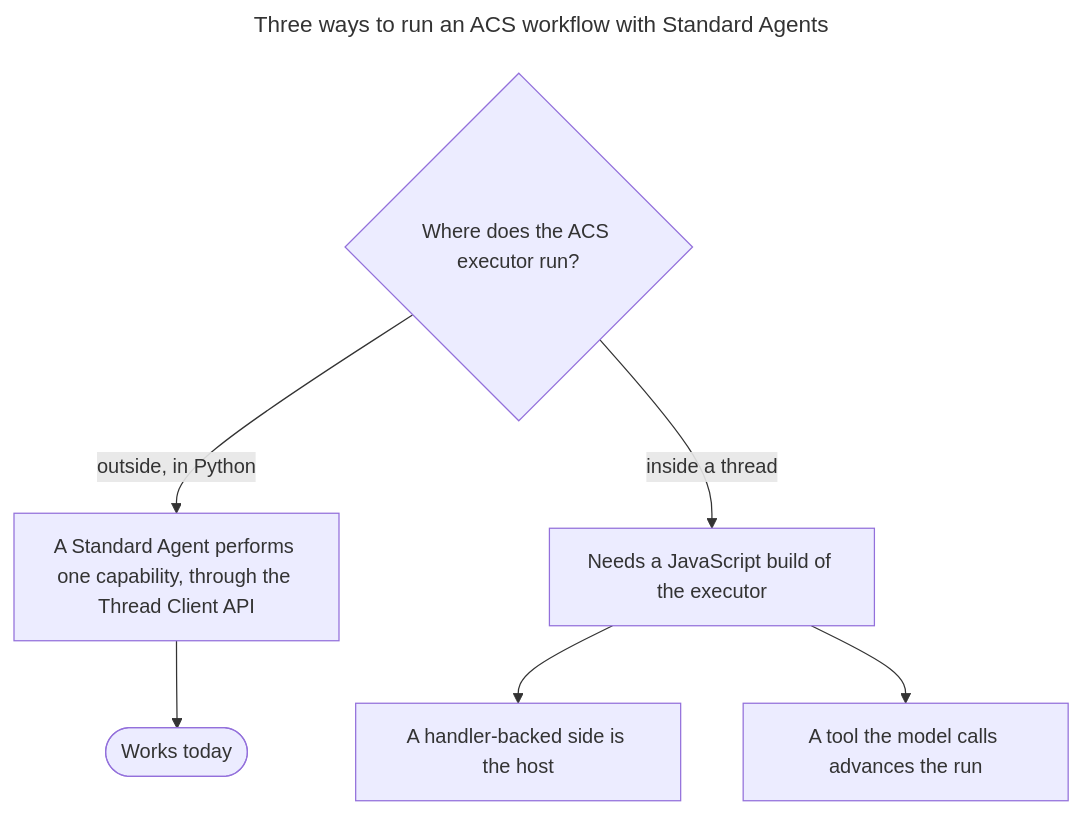
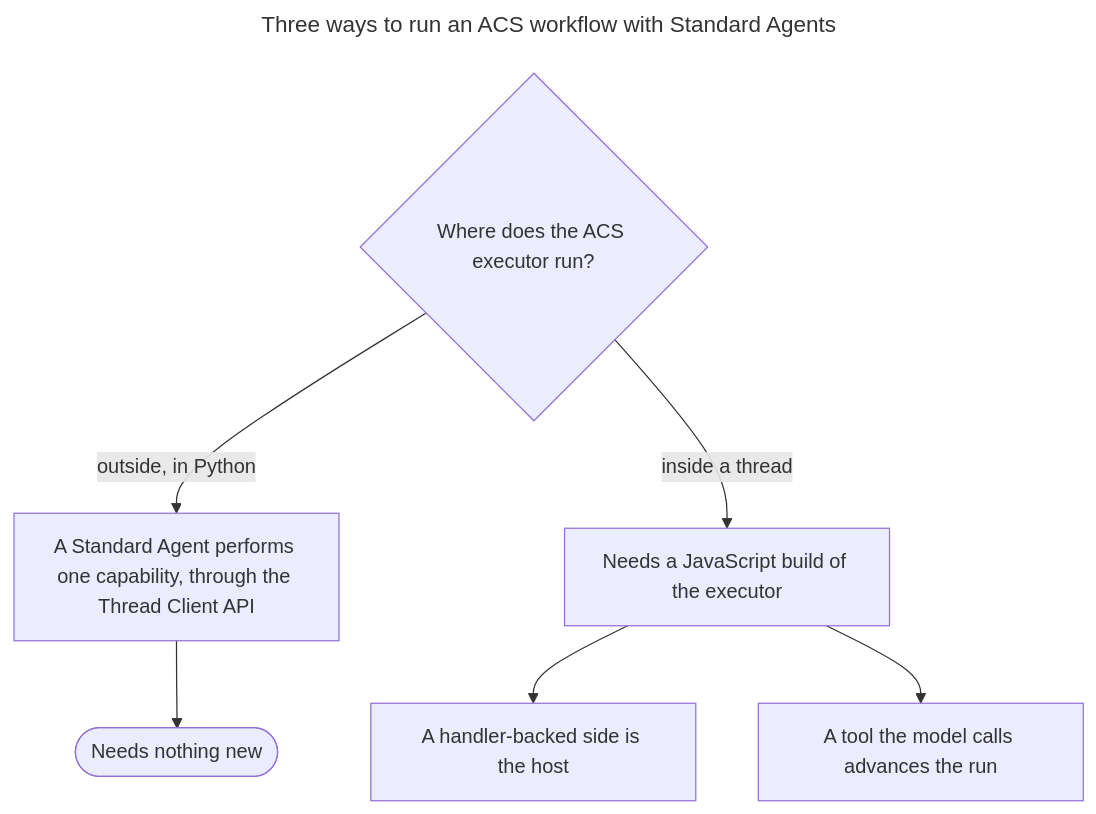
Before and after one commit to synaptiai/agent-capability-standard: the fourth of 4 diagrams in docs/integrations/standard_agents.md, drawn with Mermaid. The commit also changed other lines of this file and 8 other files, not shown here.

````diff
--- a/docs/integrations/standard_agents.md
+++ b/docs/integrations/standard_agents.md
@@ -491,13 +555,13 @@
 ```mermaid
 ---
 title: Three ways to run an ACS workflow with Standard Agents
 ---
 flowchart TB
-  accDescr: With the executor in Python, outside Standard Agents, an agent is reached through the Thread Client API and performs one capability, which works today; running the executor inside a thread, with a handler as its host or a tool the model calls advancing the run, needs a JavaScript build of the executor that does not exist yet.
+  accDescr: With the executor in Python, outside Standard Agents, an agent is reached through the Thread Client API and performs one capability, which needs nothing new from either standard; running the executor inside a thread, with a handler as its host or a tool the model calls advancing the run, needs a JavaScript build of the executor that does not exist yet.
   q{"Where does the ACS executor run?"}
   q -->|outside, in Python| out["A Standard Agent performs one capability, through the Thread Client API"]
-  out --> today(["Works today"])
+  out --> today(["Needs nothing new"])
   q -->|inside a thread| inside["Needs a JavaScript build of the executor"]
   inside --> h["A handler-backed side is the host"]
   inside --> t["A tool the model calls advances the run"]
 ```
````
